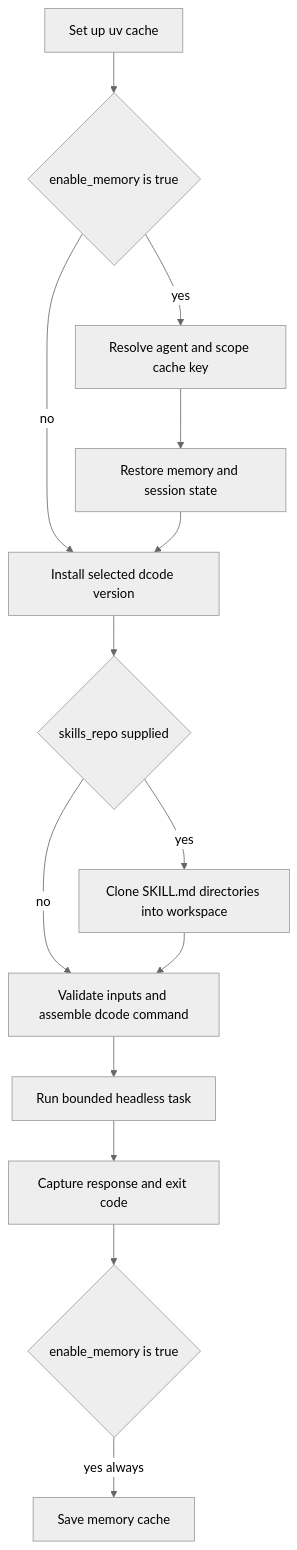
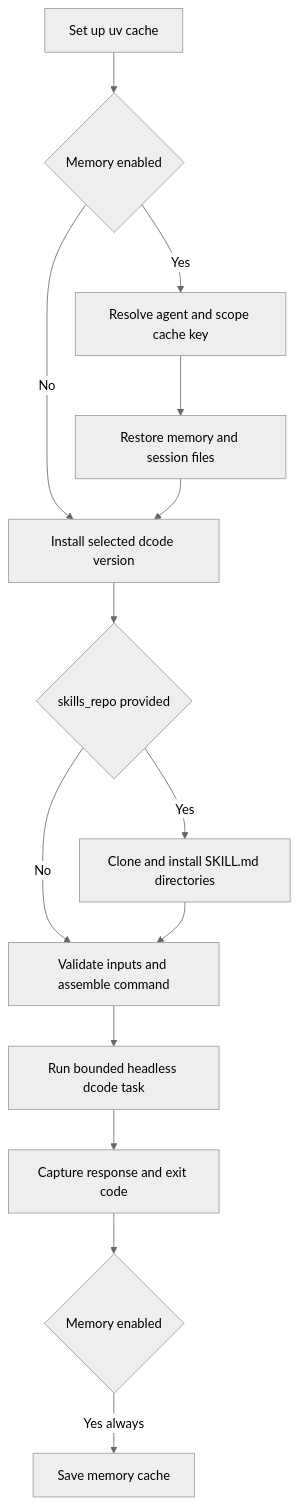
One commit to langchain-ai/deepagents changed the diagram in openwiki/integrations/github-action.md. Above: the diagram before and after it, drawn with Mermaid (neutral theme). The commit also changed other lines of this file and 63 other files, not shown here.

````diff
--- a/openwiki/integrations/github-action.md
+++ b/openwiki/integrations/github-action.md
@@ -55,16 +55,16 @@
 ```mermaid
 flowchart TD
-    Setup["Set up uv cache"] --> Memory{"enable_memory is true"}
-    Memory -->|"yes"| Key["Resolve agent and scope cache key"]
-    Key --> Restore["Restore memory and session state"]
-    Memory -->|"no"| Install["Install selected dcode version"]
+    Setup["Set up uv cache"] --> Memory{"Memory enabled"}
+    Memory -->|"Yes"| CacheKey["Resolve agent and scope cache key"]
+    CacheKey --> Restore["Restore memory and session files"]
+    Memory -->|"No"| Install["Install selected dcode version"]
     Restore --> Install
-    Install --> Skills{"skills_repo supplied"}
-    Skills -->|"yes"| Clone["Clone SKILL.md directories into workspace"]
-    Skills -->|"no"| Assemble["Validate inputs and assemble dcode command"]
-    Clone --> Assemble
-    Assemble --> Run["Run bounded headless task"]
-    Run --> Outputs["Capture response and exit code"]
-    Outputs --> Save{"enable_memory is true"}
-    Save -->|"yes always"| Persist["Save memory cache"]
+    Install --> SkillSource{"skills_repo provided"}
+    SkillSource -->|"Yes"| Clone["Clone and install SKILL.md directories"]
+    SkillSource -->|"No"| Build["Validate inputs and assemble command"]
+    Clone --> Build
+    Build --> Execute["Run bounded headless dcode task"]
+    Execute --> Publish["Capture response and exit code"]
+    Publish --> Save{"Memory enabled"}
+    Save -->|"Yes always"| Persist["Save memory cache"]
 ```
````
